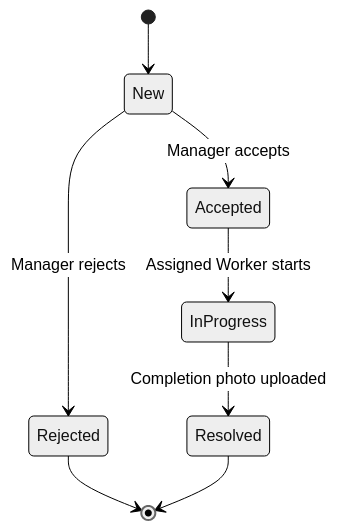
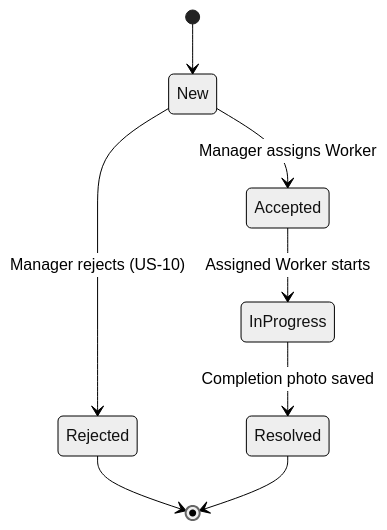
The second of 2 diagrams in ARCHITECTURE.md (gigigiorgadze10/fixit), drawn with Mermaid (neutral theme) before and after one commit. The commit also changed other lines of this file and 42 other files, not shown here.

Commit message:
fix: change architecture and us stories

````diff
--- a/ARCHITECTURE.md
+++ b/ARCHITECTURE.md
@@ -168,10 +159,10 @@
 ```mermaid
 stateDiagram-v2
-    [*] --> New
-    New --> Accepted: Manager accepts
-    New --> Rejected: Manager rejects
-    Accepted --> InProgress: Assigned Worker starts
-    InProgress --> Resolved: Completion photo uploaded
-    Rejected --> [*]
-    Resolved --> [*]
+  [*] --> New
+  New --> Accepted: Manager assigns Worker
+  New --> Rejected: Manager rejects (US-10)
+  Accepted --> InProgress: Assigned Worker starts
+  InProgress --> Resolved: Completion photo saved
+  Rejected --> [*]
+  Resolved --> [*]
 ```
````
